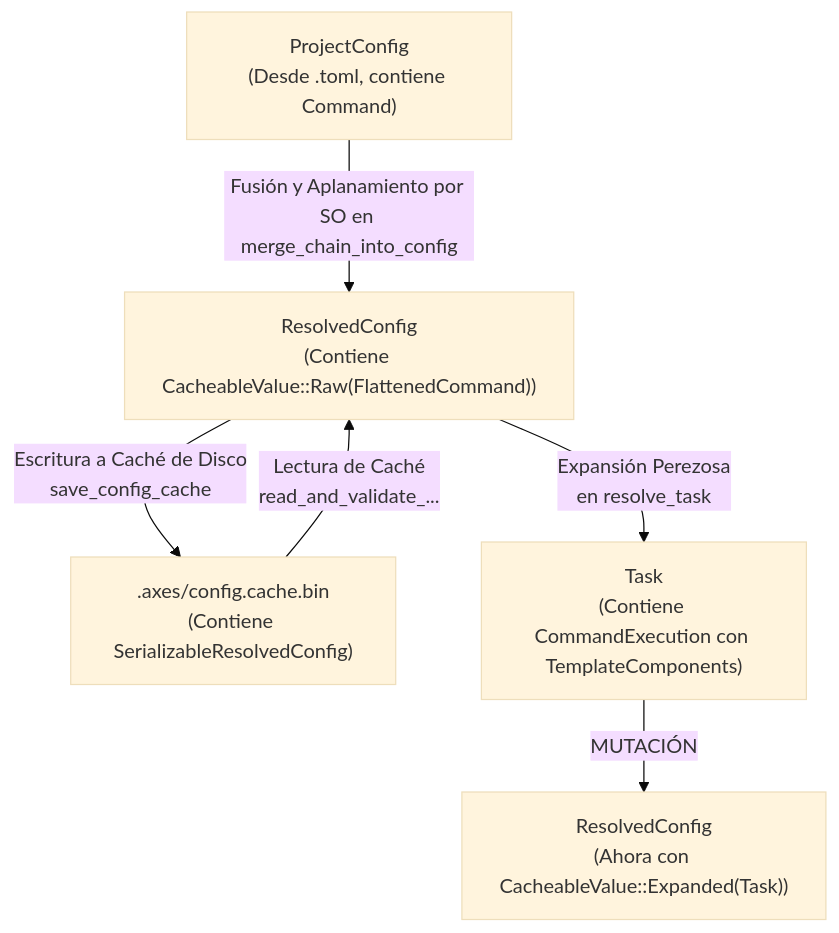
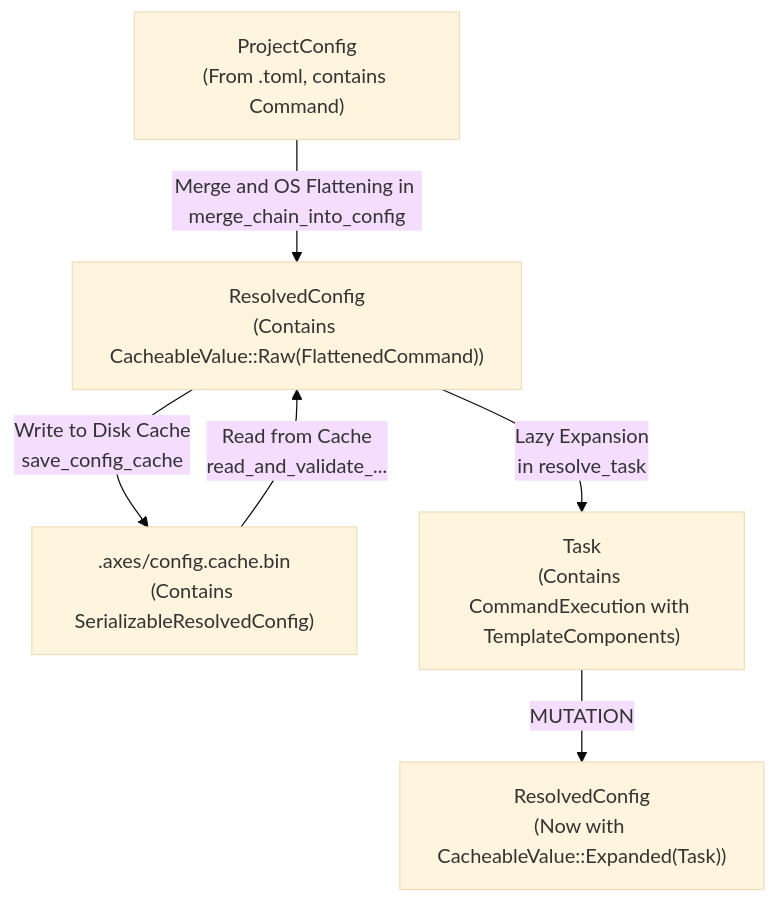
The seventh of 7 diagrams in TECNICAL.md (RetypeOS/axes), drawn with Mermaid (base theme) before and after one commit. The commit also changed other lines of this file and 14 other files, not shown here.

````diff
--- a/TECNICAL.md
+++ b/TECNICAL.md
@@ -509,8 +516,8 @@
     ```mermaid
     graph TD
-        A["ProjectConfig<br>(Desde .toml, contiene Command)"] -->|Fusión y Aplanamiento por SO en merge_chain_into_config| B["ResolvedConfig<br>(Contiene CacheableValue::Raw(FlattenedCommand))"];
-        B -->|Escritura a Caché de Disco<br>save_config_cache| C[".axes/config.cache.bin<br>(Contiene SerializableResolvedConfig)"];
-        C -->|Lectura de Caché<br>read_and_validate_...| B;
-        B -->|Expansión Perezosa<br>en resolve_task| D["Task<br>(Contiene CommandExecution con TemplateComponents)"];
-        D -->|MUTACIÓN| E["ResolvedConfig<br>(Ahora con CacheableValue::Expanded(Task))"];
+        A["ProjectConfig<br>(From .toml, contains Command)"] -->|Merge and OS Flattening in merge_chain_into_config| B["ResolvedConfig<br>(Contains CacheableValue::Raw(FlattenedCommand))"];
+        B -->|Write to Disk Cache<br>save_config_cache| C[".axes/config.cache.bin<br>(Contains SerializableResolvedConfig)"];
+        C -->|Read from Cache<br>read_and_validate_...| B;
+        B -->|Lazy Expansion<br>in resolve_task| D["Task<br>(Contains CommandExecution with TemplateComponents)"];
+        D -->|MUTATION| E["ResolvedConfig<br>(Now with CacheableValue::Expanded(Task))"];
     ```
````
